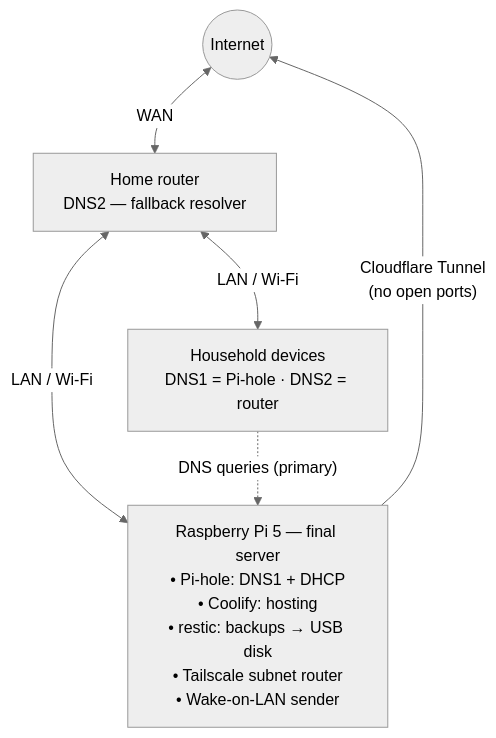
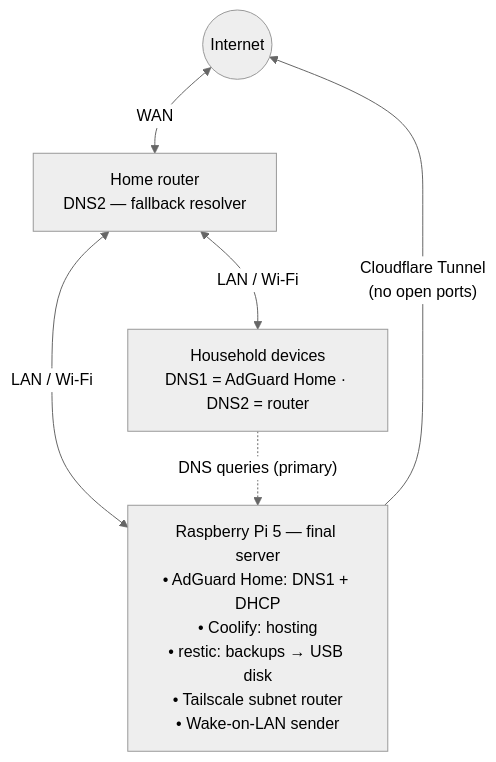
The first of 2 diagrams in docs/topology.md (kcurtet/homelab), drawn with Mermaid (neutral theme) before and after one commit. The commit also changed other lines of this file and 14 other files, not shown here.

````diff
--- a/docs/topology.md
+++ b/docs/topology.md
@@ -8,13 +8,13 @@
 ```mermaid
 flowchart TD
     IN(("Internet"))
     R["Home router<br/>DNS2 — fallback resolver"]
-    PI["Raspberry Pi 5 — final server<br/>• Pi-hole: DNS1 + DHCP<br/>• Coolify: hosting<br/>• restic: backups → USB disk<br/>• Tailscale subnet router<br/>• Wake-on-LAN sender"]
-    F["Household devices<br/>DNS1 = Pi-hole · DNS2 = router"]
+    PI["Raspberry Pi 5 — final server<br/>• AdGuard Home: DNS1 + DHCP<br/>• Coolify: hosting<br/>• restic: backups → USB disk<br/>• Tailscale subnet router<br/>• Wake-on-LAN sender"]
+    F["Household devices<br/>DNS1 = AdGuard Home · DNS2 = router"]
 
     IN <-- "WAN" --> R
     R <-- "LAN / Wi-Fi" --> PI
     R <-- "LAN / Wi-Fi" --> F
     F -. "DNS queries (primary)" .-> PI
     PI -- "Cloudflare Tunnel<br/>(no open ports)" --> IN
 ```
````
